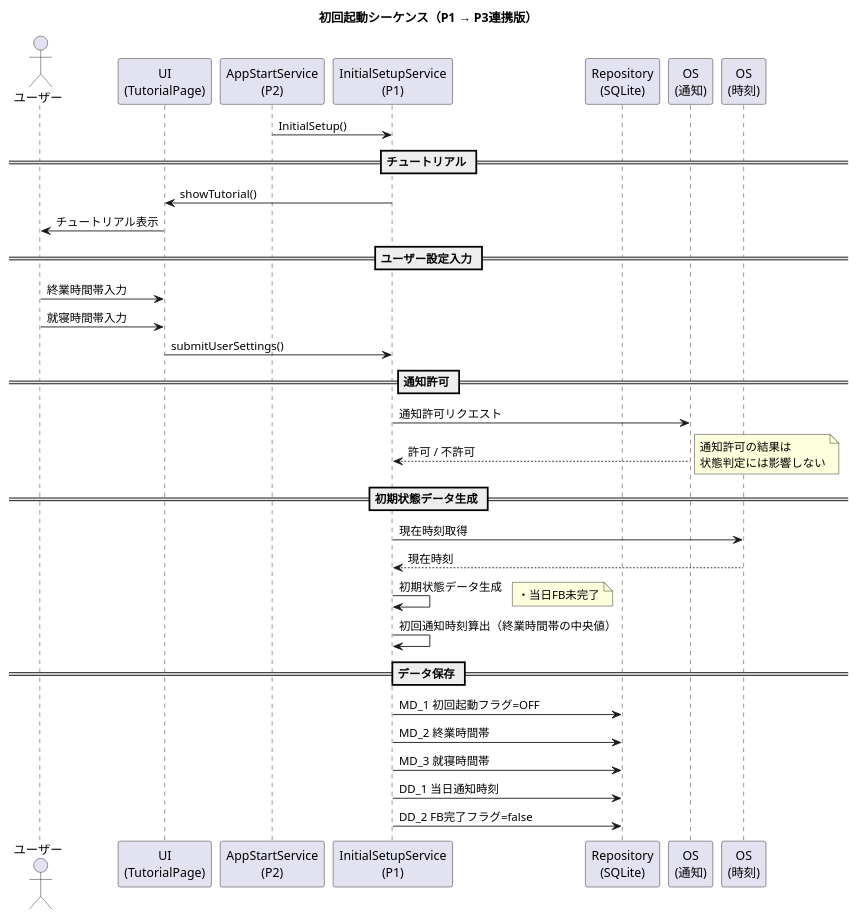
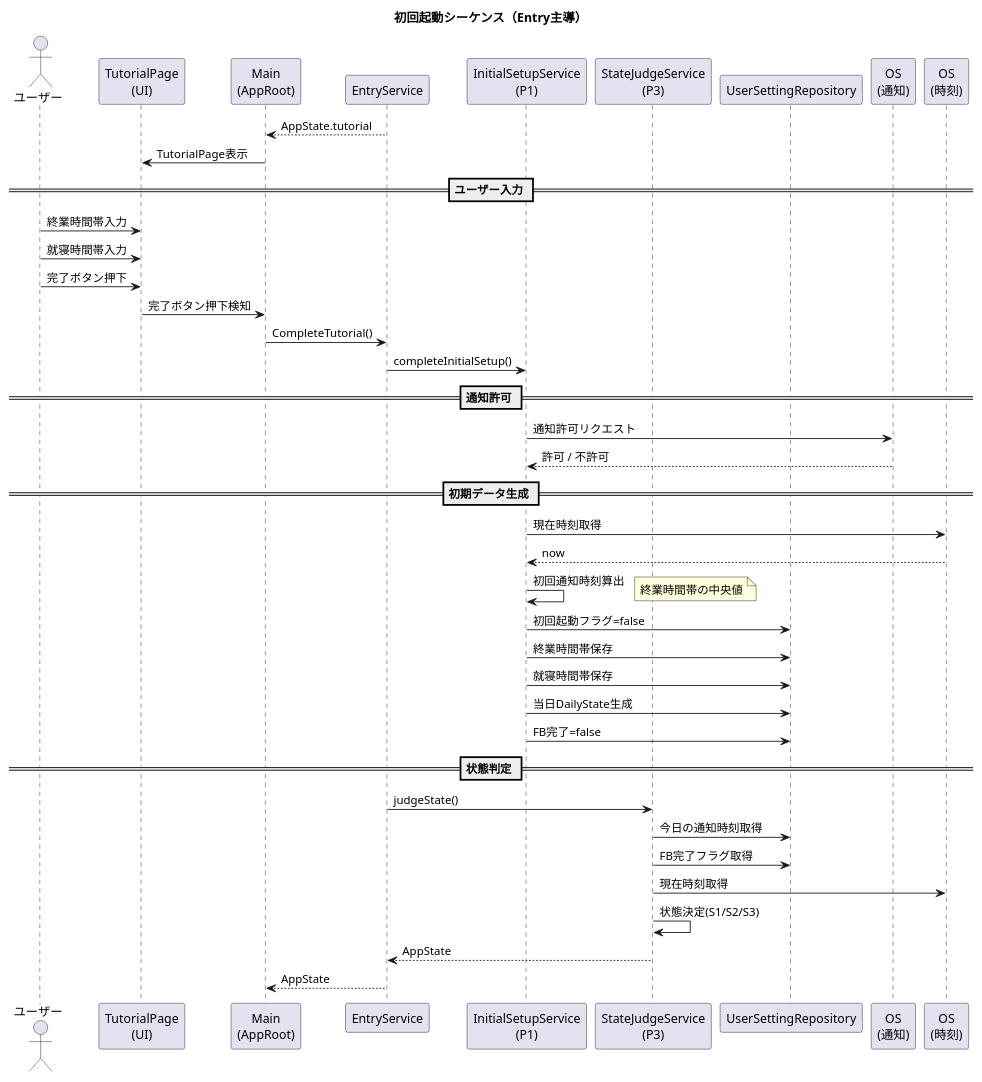
One commit to akamatrixxx/justtime changed the diagram in assets/specifications/詳細設計/シーケンス図/02_初回起動シーケンス.pu. Above: the diagram before and after it, drawn with PlantUML. The commit also changed 6 other files, not shown here.

```diff
--- a/assets/specifications/詳細設計/シーケンス図/02_初回起動シーケンス.pu
+++ b/assets/specifications/詳細設計/シーケンス図/02_初回起動シーケンス.pu
@@ -1,66 +1,61 @@
 @startuml
-title 初回起動シーケンス（P1 → P3連携版）
+title 初回起動シーケンス（Entry主導）
 
 actor ユーザー
-participant "UI\n(TutorialPage)" as UI
-participant "AppStartService\n(P2)" as P2
+participant "TutorialPage\n(UI)" as UI
+participant "Main\n(AppRoot)" as Main
+participant "EntryService" as Entry
+
 participant "InitialSetupService\n(P1)" as P1
-' participant "StateJudgeService\n(P3)" as P3
-participant "Repository\n(SQLite)" as DB
+participant "StateJudgeService\n(P3)" as P3
+participant "UserSettingRepository" as UserRepo
 participant "OS\n(通知)" as OS_Notify
 participant "OS\n(時刻)" as OS_Time
 
+Entry --> Main : AppState.tutorial
+Main -> UI : TutorialPage表示
 
-P2 -> P1 : InitialSetup()
+== ユーザー入力 ==
 
-== チュートリアル ==
-P1 -> UI : showTutorial()
-UI -> ユーザー : チュートリアル表示
-
-== ユーザー設定入力 ==
 ユーザー -> UI : 終業時間帯入力
 ユーザー -> UI : 就寝時間帯入力
-UI -> P1 : submitUserSettings()
+ユーザー -> UI : 完了ボタン押下
+
+UI -> Main : 完了ボタン押下検知
+Main -> Entry : CompleteTutorial()
+Entry -> P1 : completeInitialSetup()
 
 == 通知許可 ==
+
 P1 -> OS_Notify : 通知許可リクエスト
 OS_Notify --> P1 : 許可 / 不許可
 
+== 初期データ生成 ==
+
+P1 -> OS_Time : 現在時刻取得
+OS_Time --> P1 : now
+
+P1 -> P1 : 初回通知時刻算出
 note right
-通知許可の結果は
-状態判定には影響しない
+終業時間帯の中央値
 end note
 
-== 初期状態データ生成 ==
-P1 -> OS_Time : 現在時刻取得
-OS_Time --> P1 : 現在時刻
+P1 -> UserRepo : 初回起動フラグ=false
+P1 -> UserRepo : 終業時間帯保存
+P1 -> UserRepo : 就寝時間帯保存
+P1 -> UserRepo : 当日DailyState生成
+P1 -> UserRepo : FB完了=false
 
-P1 -> P1 : 初期状態データ生成
-note right
-・当日FB未完了
-end note
-P1 -> P1 : 初回通知時刻算出（終業時間帯の中央値）
+ == 状態判定 ==
 
+Entry -> P3 : judgeState()
 
-== データ保存 ==
-P1 -> DB : MD_1 初回起動フラグ=OFF
-P1 -> DB : MD_2 終業時間帯
-P1 -> DB : MD_3 就寝時間帯
-P1 -> DB : DD_1 当日通知時刻
-P1 -> DB : DD_2 FB完了フラグ=false
+P3 -> UserRepo : 今日の通知時刻取得
+P3 -> UserRepo : FB完了フラグ取得
+P3 -> OS_Time : 現在時刻取得
+P3 -> P3 : 状態決定(S1/S2/S3)
 
-' == 状態判定へ委譲 ==
-' P1 -> P3 : judgeState()
-
-' P3 -> DB : DD_1 通知時刻
-' P3 -> DB : DD_2 FB完了フラグ
-' P3 -> OS_Time : 現在時刻取得
-' OS_Time --> P3 : 現在時刻
-
-' P3 -> P3 : 状態判定(S1/S2/S3)
-
-' == メッセージ表示 ==
-' P3 -> UI : showMessageByState()
-' UI -> ユーザー : 状態別メッセージ表示
+P3 --> Entry : AppState
+Entry --> Main : AppState
 
 @enduml
```
